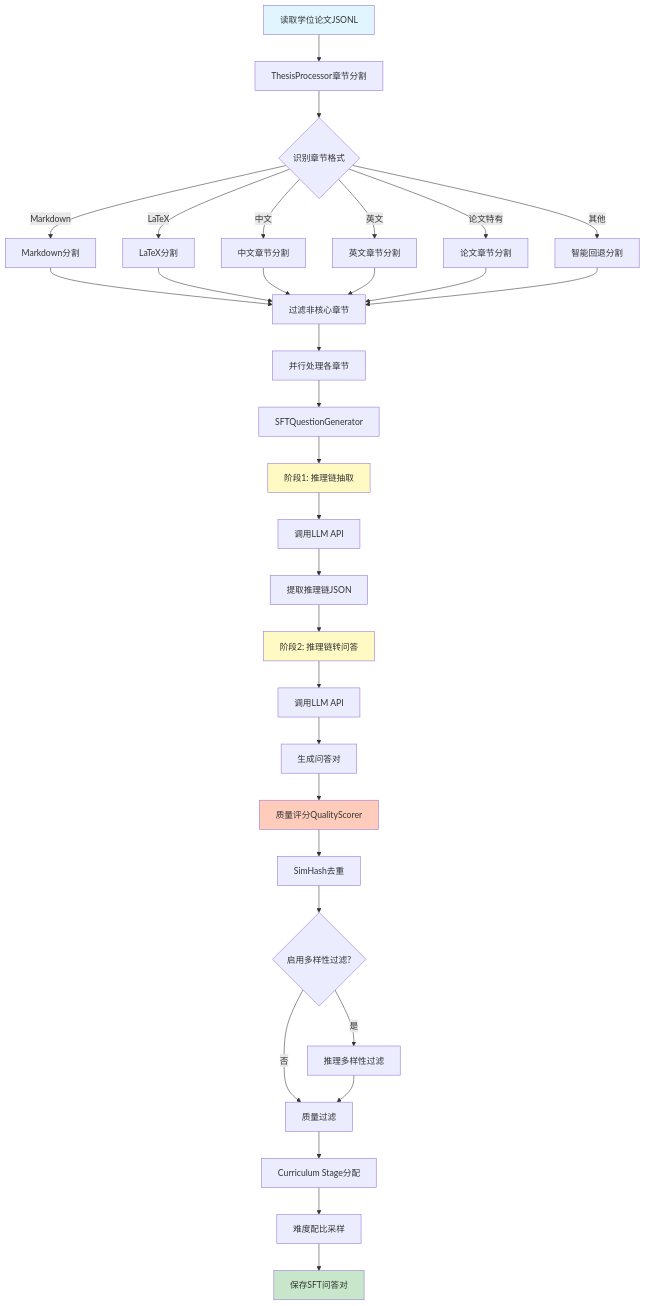
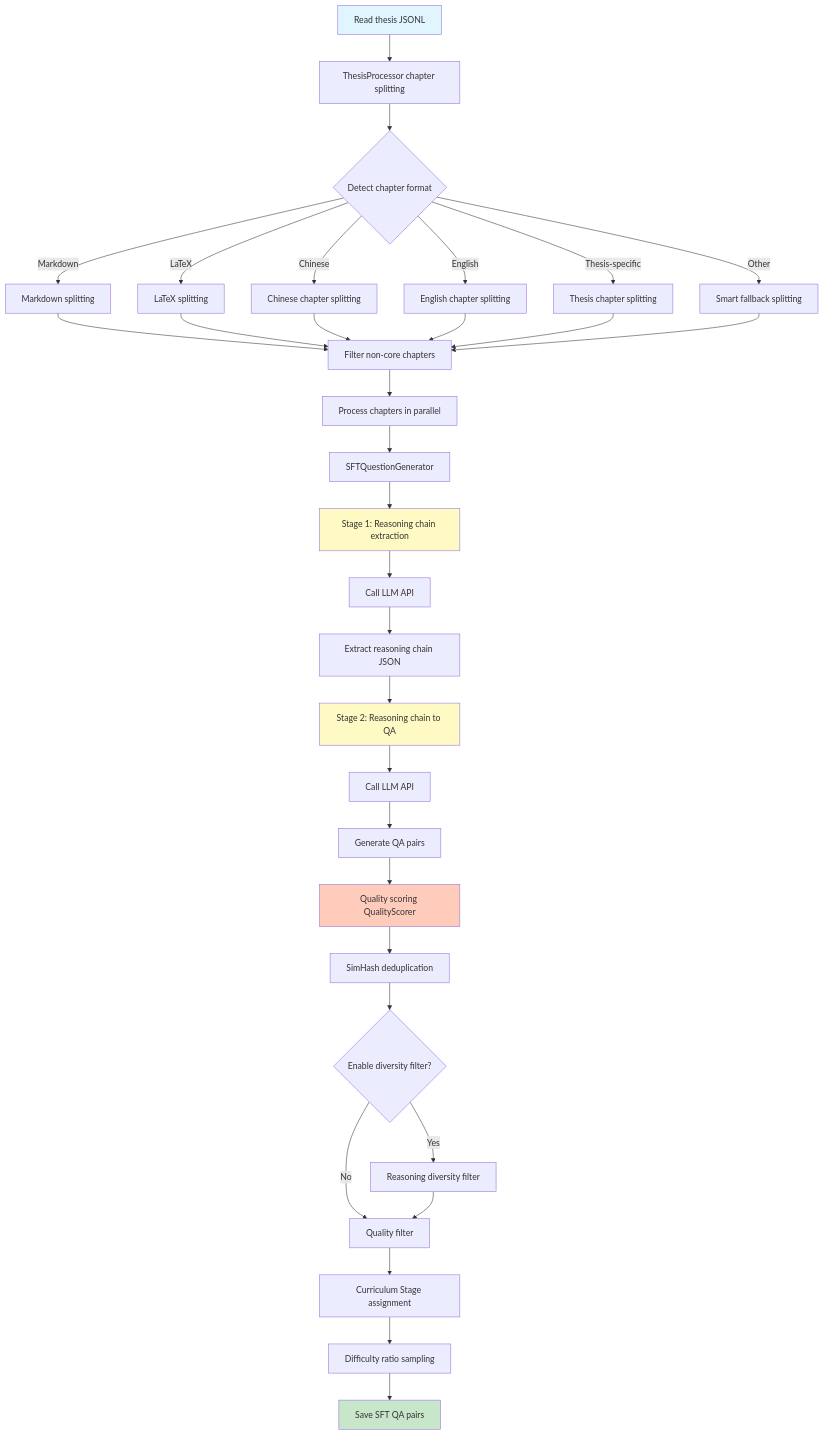
The first of 5 diagrams in pipelines/thesis_synthesis/README.md (JackKuo666/QALoop), drawn with Mermaid before and after one commit. The commit also changed other lines of this file and 25 other files, not shown here.

````diff
--- a/pipelines/thesis_synthesis/README.md
+++ b/pipelines/thesis_synthesis/README.md
@@ -11,44 +11,44 @@
 ```mermaid
 flowchart TD
-    A[读取学位论文JSONL] --> B[ThesisProcessor章节分割]
-    B --> C{识别章节格式}
-    C -->|Markdown| D1[Markdown分割]
-    C -->|LaTeX| D2[LaTeX分割]
-    C -->|中文| D3[中文章节分割]
-    C -->|英文| D4[英文章节分割]
-    C -->|论文特有| D5[论文章节分割]
-    C -->|其他| D6[智能回退分割]
+    A[Read thesis JSONL] --> B[ThesisProcessor chapter splitting]
+    B --> C{Detect chapter format}
+    C -->|Markdown| D1[Markdown splitting]
+    C -->|LaTeX| D2[LaTeX splitting]
+    C -->|Chinese| D3[Chinese chapter splitting]
+    C -->|English| D4[English chapter splitting]
+    C -->|Thesis-specific| D5[Thesis chapter splitting]
+    C -->|Other| D6[Smart fallback splitting]
     
-    D1 --> E[过滤非核心章节]
+    D1 --> E[Filter non-core chapters]
     D2 --> E
     D3 --> E
     D4 --> E
     D5 --> E
     D6 --> E
     
-    E --> F[并行处理各章节]
+    E --> F[Process chapters in parallel]
     F --> G[SFTQuestionGenerator]
-    G --> H[阶段1: 推理链抽取]
-    H --> I[调用LLM API]
-    I --> J[提取推理链JSON]
-    J --> K[阶段2: 推理链转问答]
-    K --> L[调用LLM API]
-    L --> M[生成问答对]
+    G --> H[Stage 1: Reasoning chain extraction]
+    H --> I[Call LLM API]
+    I --> J[Extract reasoning chain JSON]
+    J --> K[Stage 2: Reasoning chain to QA]
+    K --> L[Call LLM API]
+    L --> M[Generate QA pairs]
     
-    M --> N[质量评分QualityScorer]
-    N --> O[SimHash去重]
-    O --> P{启用多样性过滤?}
-    P -->|是| Q[推理多样性过滤]
-    P -->|否| R[质量过滤]
+    M --> N[Quality scoring QualityScorer]
+    N --> O[SimHash deduplication]
+    O --> P{Enable diversity filter?}
+    P -->|Yes| Q[Reasoning diversity filter]
+    P -->|No| R[Quality filter]
     Q --> R
     
-    R --> S[Curriculum Stage分配]
-    S --> T[难度配比采样]
-    T --> U[保存SFT问答对]
+    R --> S[Curriculum Stage assignment]
+    S --> T[Difficulty ratio sampling]
+    T --> U[Save SFT QA pairs]
     
     style A fill:#e1f5ff
     style U fill:#c8e6c9
     style H fill:#fff9c4
     style K fill:#fff9c4
     style N fill:#ffccbc
 ```
````
